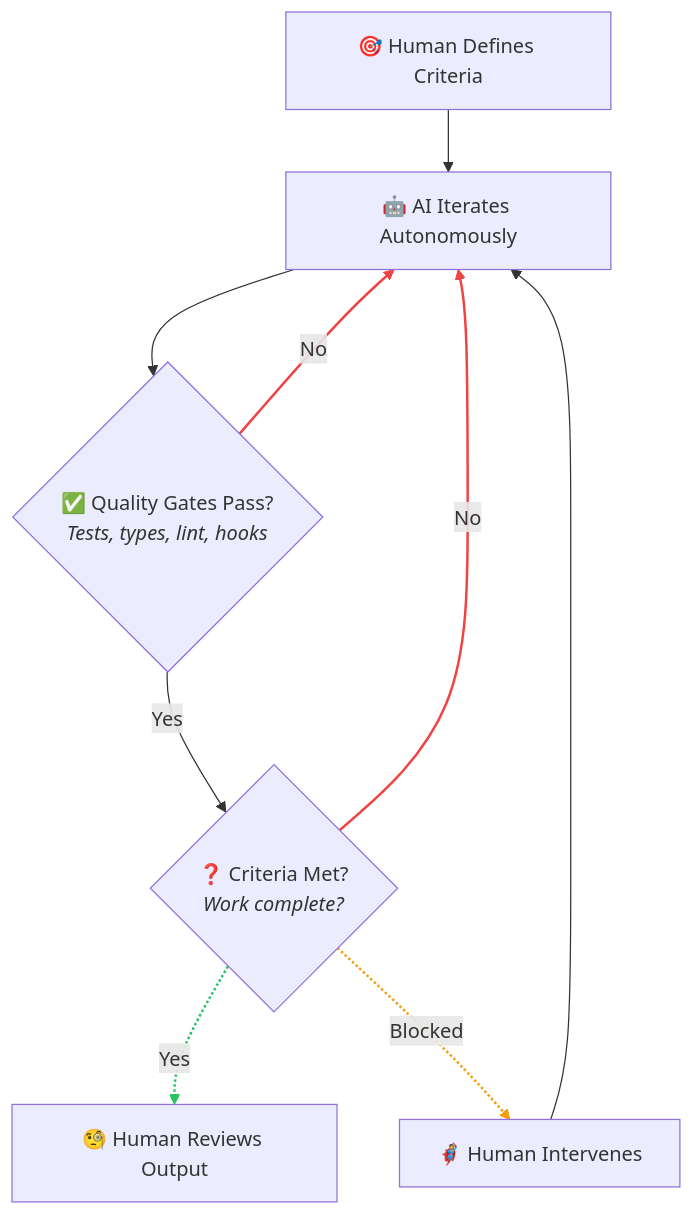
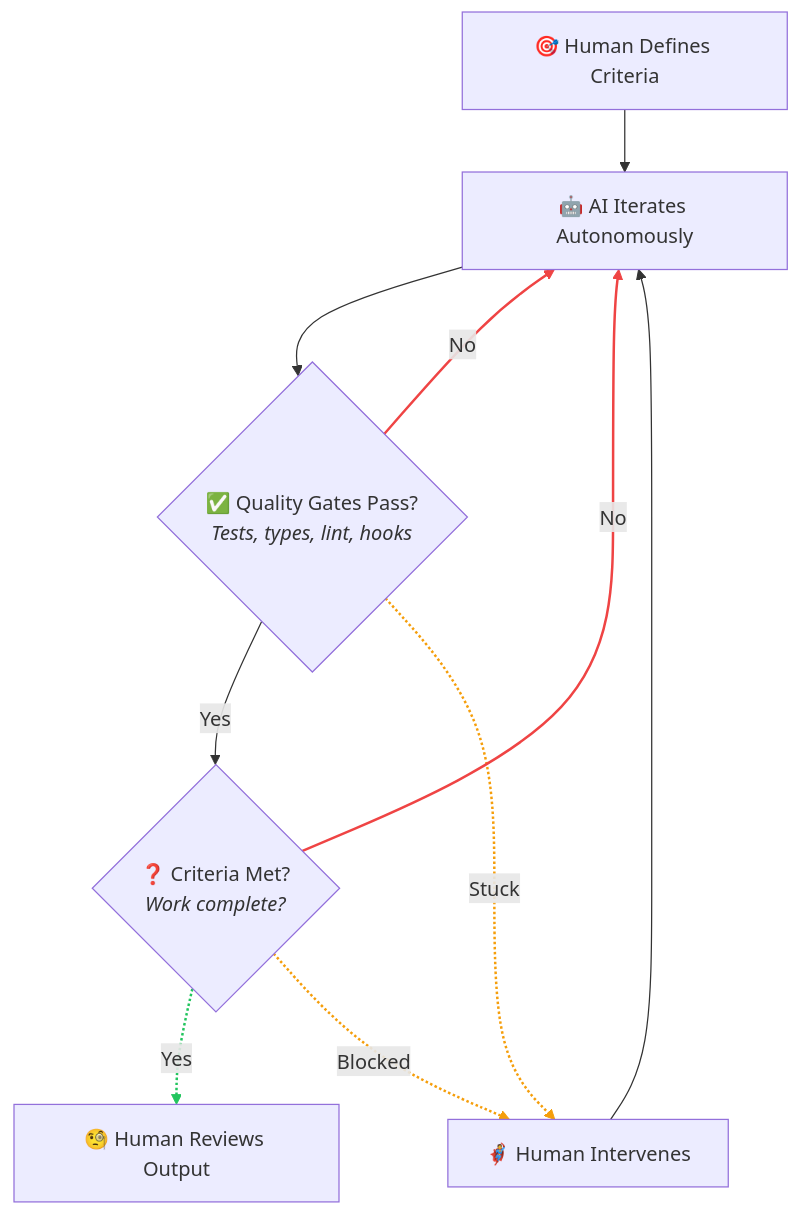
Before and after one commit to TheBushidoCollective/han: the second of 12 diagrams in website/content/papers/ai-dlc-2026.md, drawn with Mermaid. The commit also changed other lines of this file, not shown here.

Commit message:
feat(website): add Stuck path to HOTL diagram and fix HITL emoji
Add "Stuck" escape path from Quality Gates to Human Intervenes in HOTL diagram.
This represents scenarios where AI cannot make progress on quality gates and
needs human intervention to unblock.

Also fix HITL diagram to use detective emoji (🕵️) consistently for all human
validation steps.

````diff
--- a/website/content/papers/ai-dlc-2026.md
+++ b/website/content/papers/ai-dlc-2026.md
@@ -133,16 +133,18 @@
 ```mermaid
 flowchart TB
     B1["🎯 Human Defines Criteria"] --> B2["🤖 AI Iterates Autonomously"]
     B2 --> B3{"✅ Quality Gates Pass?<br/><i>Tests, types, lint, hooks</i>"}
     B3 -->|"No"| B2
     B3 -->|"Yes"| B4{"❓ Criteria Met?<br/><i>Work complete?</i>"}
+    B3 -.->|"Stuck"| B6["🦸 Human Intervenes"]
     B4 -->|"No"| B2
     B4 -.->|"Yes"| B5["🧐 Human Reviews Output"]
-    B4 -.->|"Blocked"| B6["🦸 Human Intervenes"]
+    B4 -.->|"Blocked"| B6
     B6 --> B2
 
     linkStyle 2 stroke:#ef4444,stroke-width:2px
-    linkStyle 4 stroke:#ef4444,stroke-width:2px
-    linkStyle 5 stroke:#22c55e,stroke-width:2px
-    linkStyle 6 stroke:#f59e0b,stroke-width:2px
+    linkStyle 4 stroke:#f59e0b,stroke-width:2px
+    linkStyle 5 stroke:#ef4444,stroke-width:2px
+    linkStyle 6 stroke:#22c55e,stroke-width:2px
+    linkStyle 7 stroke:#f59e0b,stroke-width:2px
 ```
````
